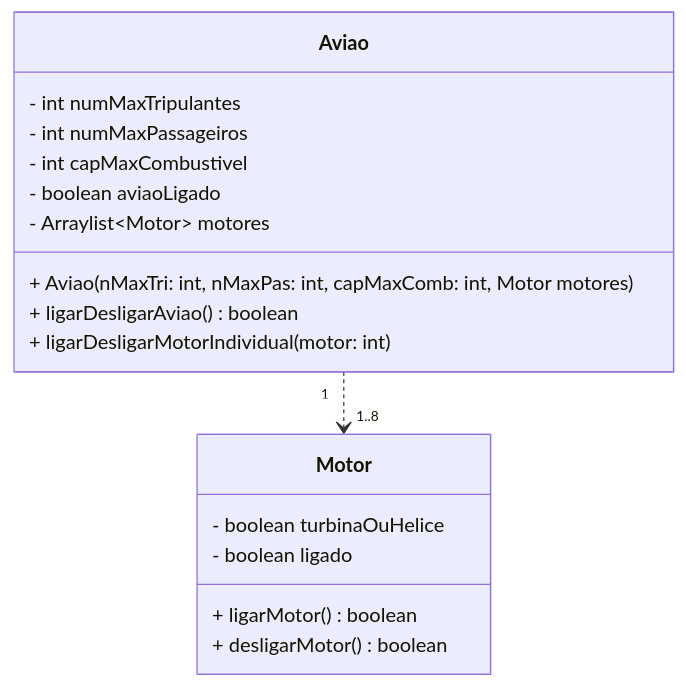
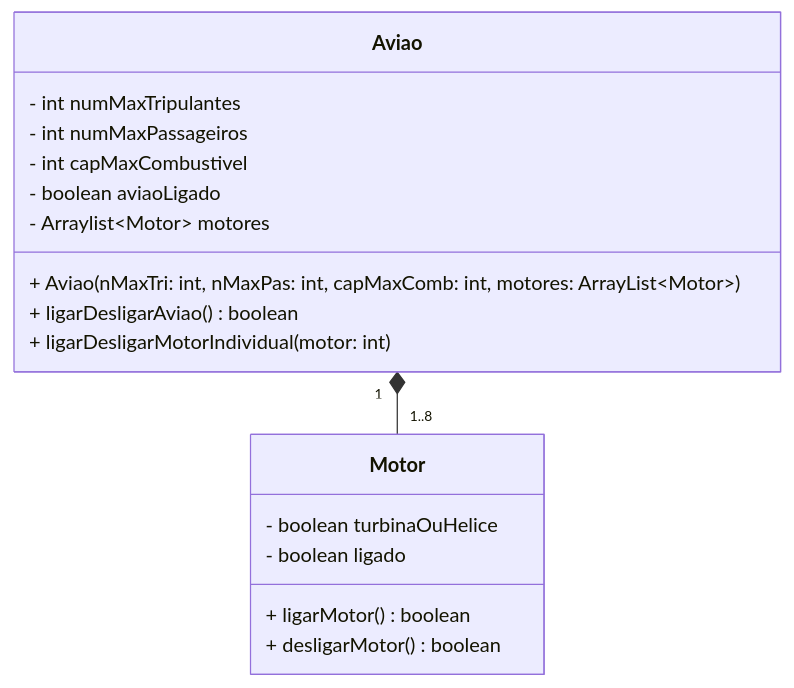
The diagram in aulas/2026-09-29-aula/exercicio2-Aviao/readme.md (DeadPerquim/POO-ADS-2026_2), drawn with Mermaid before and after one commit. The commit also changed 7 other files, not shown here.

````diff
--- a/aulas/2026-09-29-aula/exercicio2-Aviao/readme.md
+++ b/aulas/2026-09-29-aula/exercicio2-Aviao/readme.md
@@ -1,21 +1,21 @@
 ```mermaid
 classDiagram
     class Aviao{
         - int numMaxTripulantes
         - int numMaxPassageiros
         - int capMaxCombustivel
         - boolean aviaoLigado
         - Arraylist~Motor~ motores
-        + Aviao(nMaxTri: int, nMaxPas: int, capMaxComb: int, Motor motores)
+        + Aviao(nMaxTri: int, nMaxPas: int, capMaxComb: int, motores: ArrayList~Motor~)
         + ligarDesligarAviao() boolean
         + ligarDesligarMotorIndividual(motor: int)
     }
     
     class Motor{
         - boolean turbinaOuHelice
         - boolean ligado
         + ligarMotor() boolean
         + desligarMotor() boolean
     }
-Aviao "1" ..> "1..8" Motor 
+Aviao "1" *-- "1..8" Motor 
 ```
````
